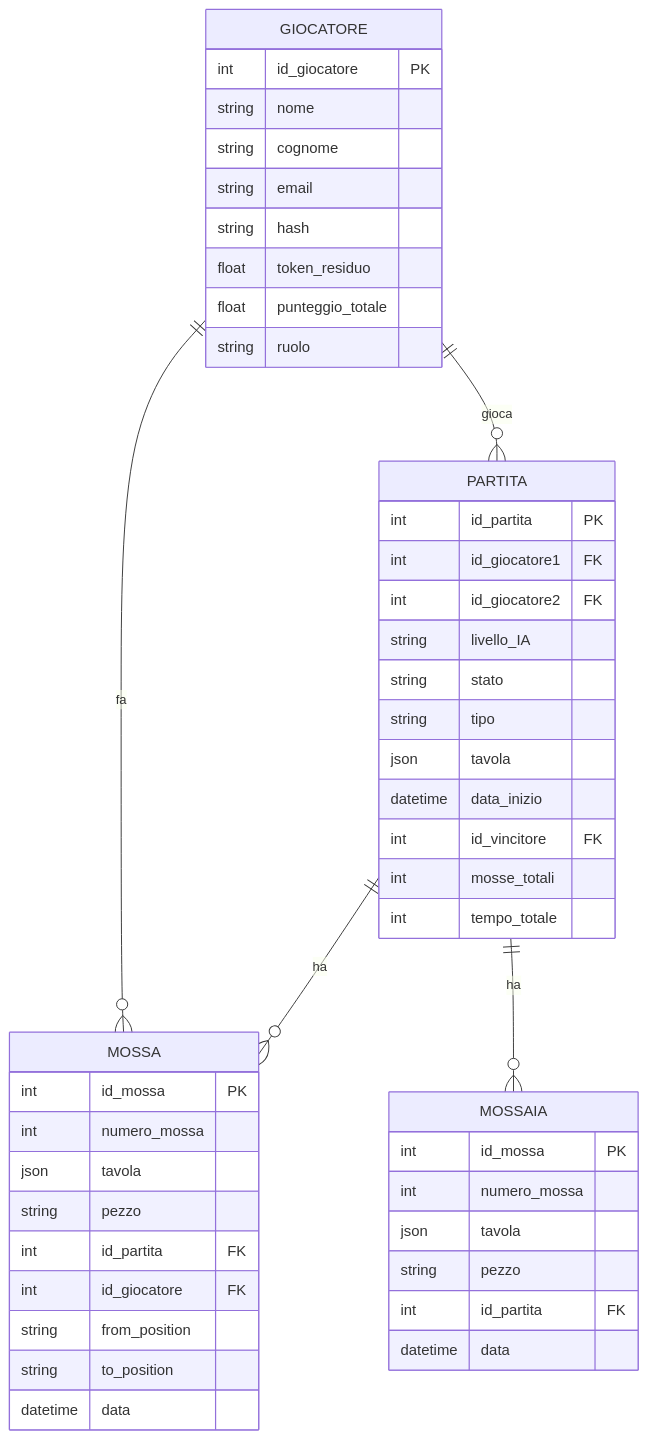
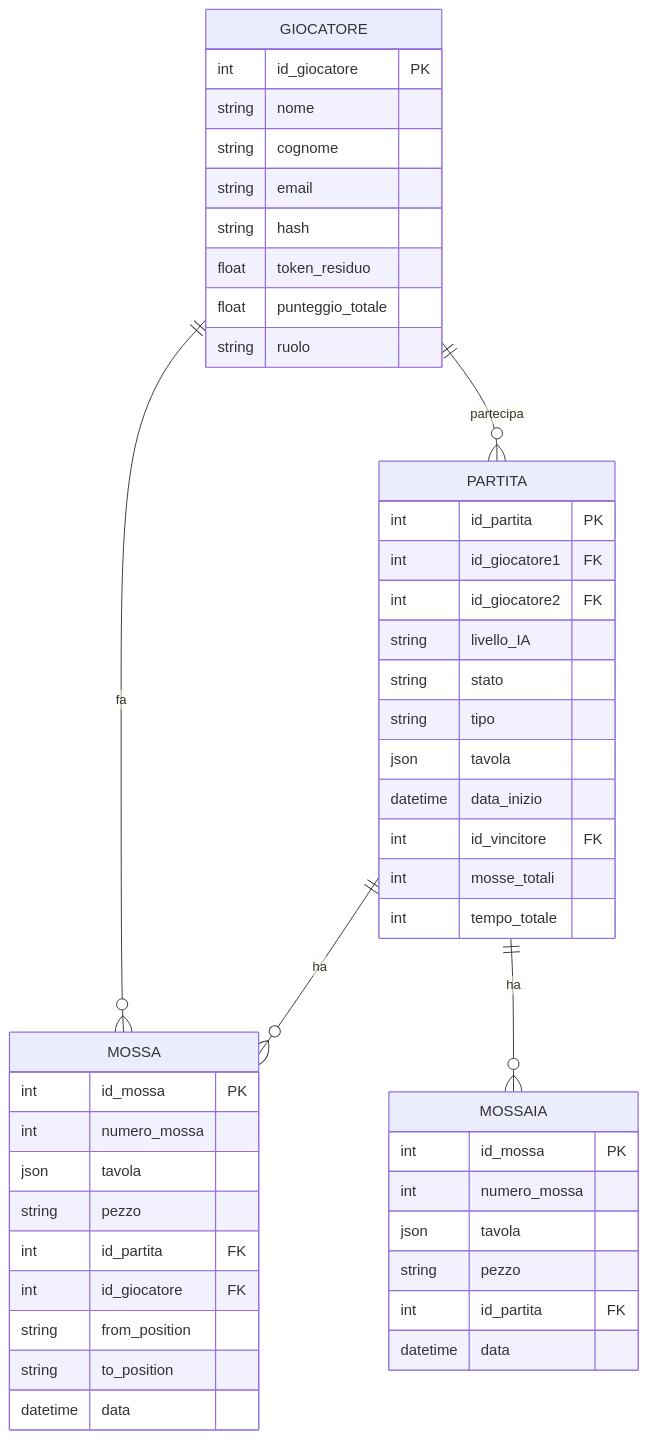
The second of 12 diagrams in README.md (diegosantarelli/checkers_pa), drawn with Mermaid before and after one commit. The commit also changed other lines of this file, not shown here.

````diff
--- a/README.md
+++ b/README.md
@@ -217,53 +221,53 @@
 ```mermaid
 erDiagram
   GIOCATORE {
     int id_giocatore PK
     string nome
     string cognome
     string email
     string hash
     float token_residuo
     float punteggio_totale
     string ruolo
   }
 
   PARTITA {
     int id_partita PK
     int id_giocatore1 FK
     int id_giocatore2 FK
     string livello_IA
     string stato
     string tipo
     json tavola
     datetime data_inizio
     int id_vincitore FK
     int mosse_totali
     int tempo_totale
   }
 
   MOSSA {
     int id_mossa PK
     int numero_mossa
     json tavola
     string pezzo
     int id_partita FK
     int id_giocatore FK
     string from_position
     string to_position
     datetime data
   }
 
   MOSSAIA {
     int id_mossa PK
     int numero_mossa
     json tavola
     string pezzo
     int id_partita FK
     datetime data
   }
 
-  GIOCATORE ||--o{ PARTITA : "gioca"
+  GIOCATORE ||--o{ PARTITA : "partecipa"
   GIOCATORE ||--o{ MOSSA : "fa"
   PARTITA ||--o{ MOSSA : "ha"
   PARTITA ||--o{ MOSSAIA : "ha"
   ```
````
